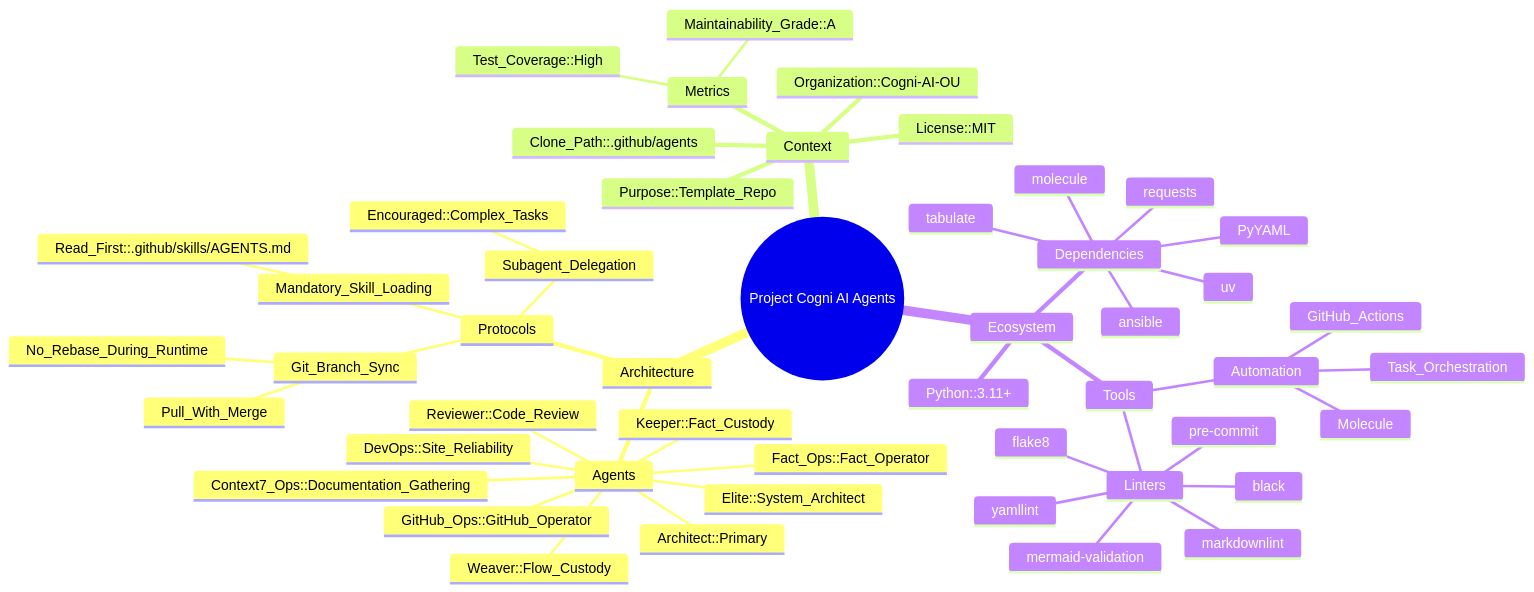
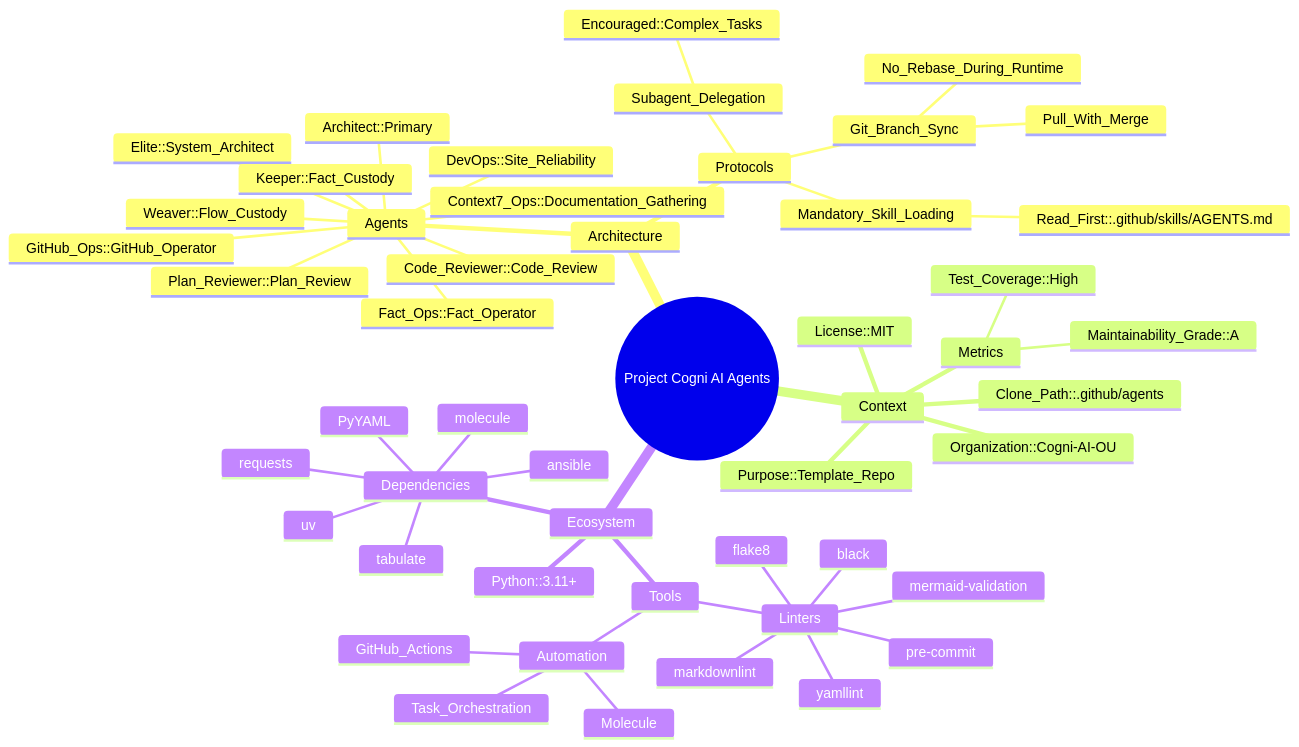
The diagram in FACTS.mmd (Cogni-AI-OU/cogni-ai-agents), drawn with Mermaid before and after one commit. The commit also changed 7 other files, not shown here.

Commit message:
Split Reviewer to Code & Plan agents

```diff
--- a/FACTS.mmd
+++ b/FACTS.mmd
@@ -1,53 +1,54 @@
 %% Project's facts
 %% Note: Keep items in alphabetical order.
 mindmap
   root((Project Cogni AI Agents))
     Architecture
       Agents
         Architect::Primary
         Context7_Ops::Documentation_Gathering
         DevOps::Site_Reliability
         Elite::System_Architect
         Fact_Ops::Fact_Operator
         GitHub_Ops::GitHub_Operator
         Keeper::Fact_Custody
-        Reviewer::Code_Review
+        Code_Reviewer::Code_Review
+        Plan_Reviewer::Plan_Review
         Weaver::Flow_Custody
       Protocols
         Git_Branch_Sync
           No_Rebase_During_Runtime
           Pull_With_Merge
         Mandatory_Skill_Loading
           Read_First::.github/skills/AGENTS.md
         Subagent_Delegation
           Encouraged::Complex_Tasks
 
     Context
       Clone_Path::.github/agents
       License::MIT
       Metrics
         Maintainability_Grade::A
         Test_Coverage::High
       Organization::Cogni-AI-OU
       Purpose::Template_Repo
     Ecosystem
       Dependencies
         PyYAML
         ansible
         molecule
         requests
         tabulate
         uv
       Python::3.11+
       Tools
         Automation
           GitHub_Actions
           Molecule
           Task_Orchestration
         Linters
           black
           flake8
           markdownlint
           mermaid-validation
           pre-commit
           yamllint
```
